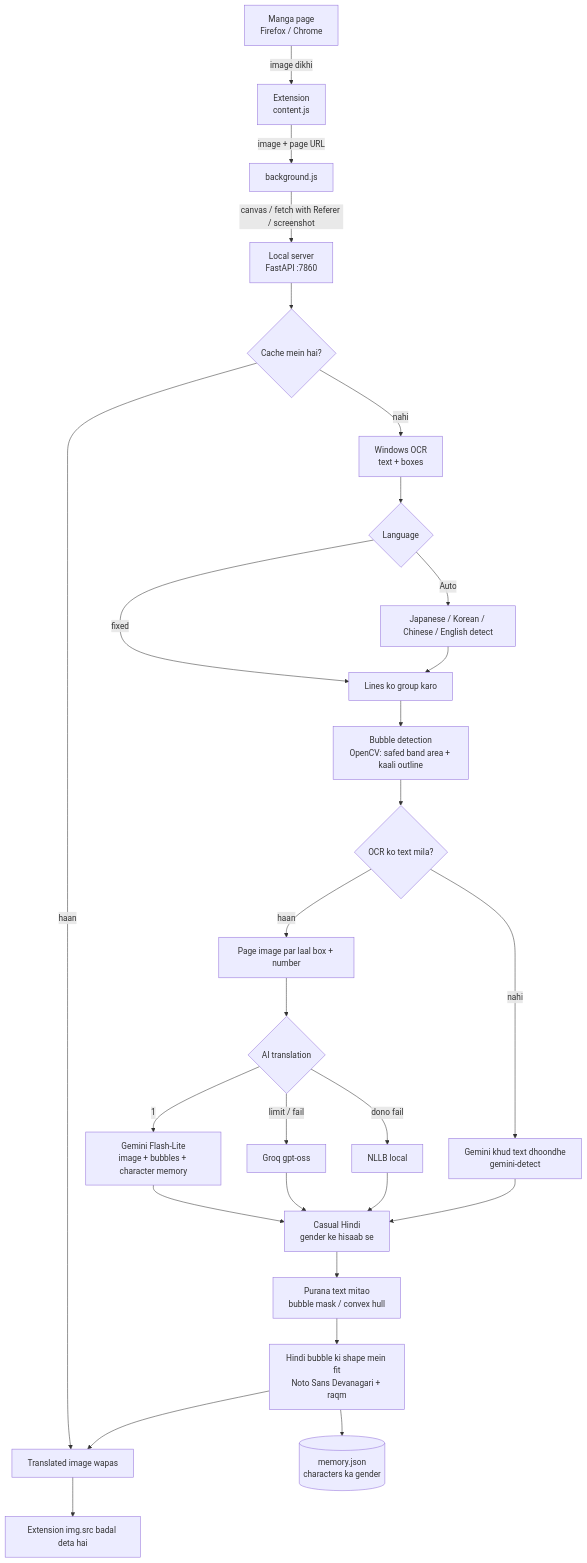
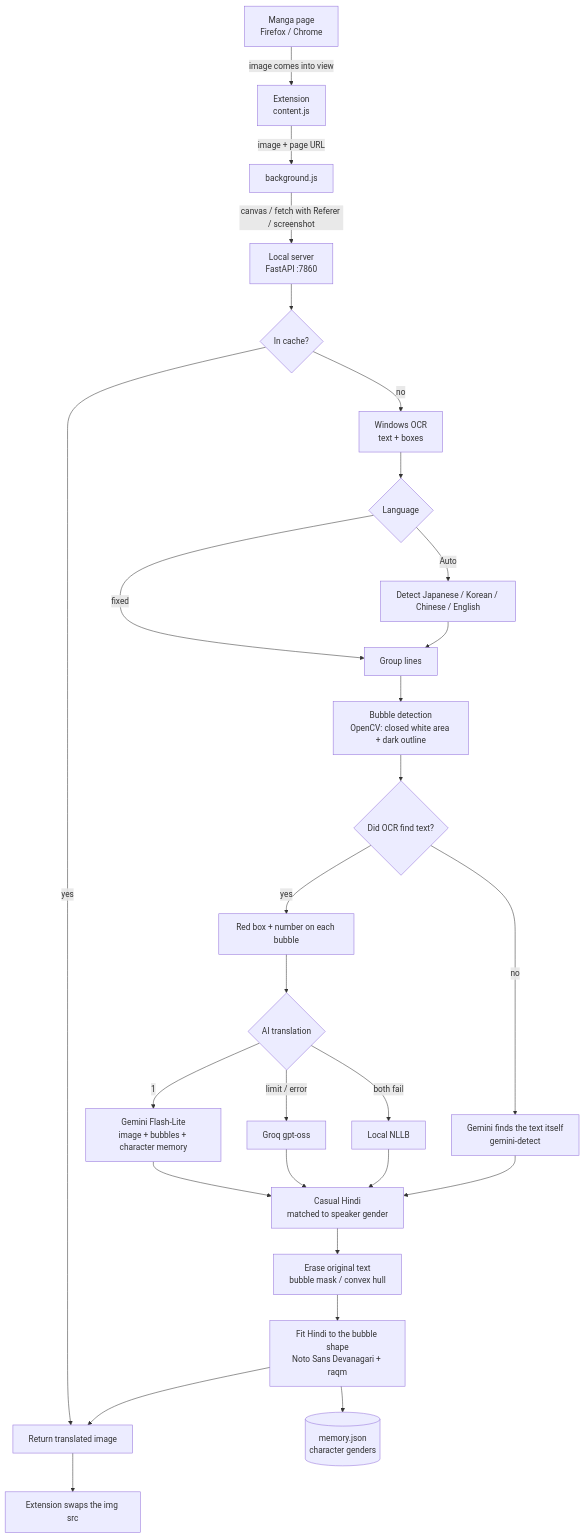
Before and after one commit to jitendra205saini/Manga-Translator: the diagram in README.md, drawn with Mermaid. The commit also changed other lines of this file, not shown here.

Commit message:
README: rewrite in English

````diff
--- a/README.md
+++ b/README.md
@@ -30,35 +31,35 @@
 ```mermaid
 flowchart TD
-    A[Manga page<br/>Firefox / Chrome] -->|image dikhi| B[Extension<br/>content.js]
+    A[Manga page<br/>Firefox / Chrome] -->|image comes into view| B[Extension<br/>content.js]
     B -->|image + page URL| C[background.js]
     C -->|canvas / fetch with Referer / screenshot| D[Local server<br/>FastAPI :7860]
 
-    D --> E{Cache mein hai?}
-    E -->|haan| R[Translated image wapas]
-    E -->|nahi| F[Windows OCR<br/>text + boxes]
+    D --> E{In cache?}
+    E -->|yes| R[Return translated image]
+    E -->|no| F[Windows OCR<br/>text + boxes]
 
     F --> G{Language}
-    G -->|Auto| G1[Japanese / Korean / Chinese / English detect]
+    G -->|Auto| G1[Detect Japanese / Korean / Chinese / English]
     G -->|fixed| H
-    G1 --> H[Lines ko group karo]
+    G1 --> H[Group lines]
 
-    H --> I[Bubble detection<br/>OpenCV: safed band area + kaali outline]
-    I --> J{OCR ko text mila?}
-    J -->|nahi| K[Gemini khud text dhoondhe<br/>gemini-detect]
-    J -->|haan| L[Page image par laal box + number]
+    H --> I[Bubble detection<br/>OpenCV: closed white area + dark outline]
+    I --> J{Did OCR find text?}
+    J -->|no| K[Gemini finds the text itself<br/>gemini-detect]
+    J -->|yes| L[Red box + number on each bubble]
 
     L --> M{AI translation}
     M -->|1| M1[Gemini Flash-Lite<br/>image + bubbles + character memory]
-    M -->|limit / fail| M2[Groq gpt-oss]
-    M -->|dono fail| M3[NLLB local]
+    M -->|limit / error| M2[Groq gpt-oss]
+    M -->|both fail| M3[Local NLLB]
     M1 --> N
     M2 --> N
     M3 --> N
     K --> N
 
-    N[Casual Hindi<br/>gender ke hisaab se] --> O[Purana text mitao<br/>bubble mask / convex hull]
-    O --> P[Hindi bubble ki shape mein fit<br/>Noto Sans Devanagari + raqm]
-    P --> Q[(memory.json<br/>characters ka gender)]
+    N[Casual Hindi<br/>matched to speaker gender] --> O[Erase original text<br/>bubble mask / convex hull]
+    O --> P[Fit Hindi to the bubble shape<br/>Noto Sans Devanagari + raqm]
+    P --> Q[(memory.json<br/>character genders)]
     P --> R
-    R --> S[Extension img.src badal deta hai]
+    R --> S[Extension swaps the img src]
 ```
````
